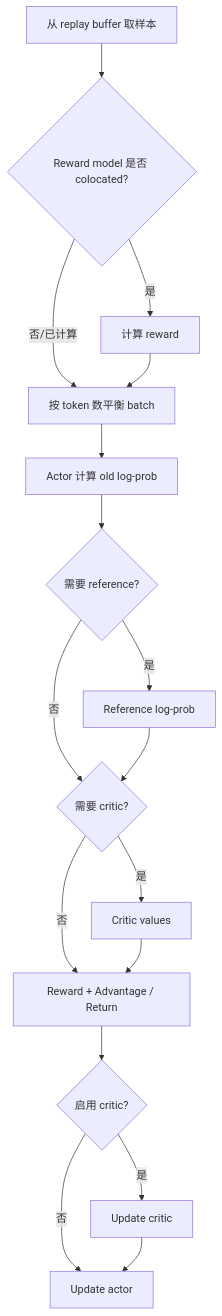
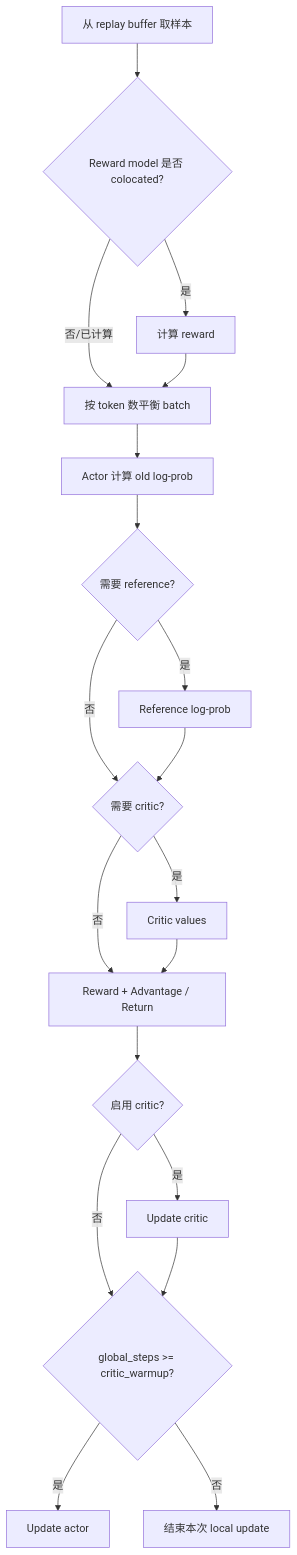
Before and after one commit to BiboyQG/learn-verl: the fifth of 5 diagrams in docs-site/content/02_architecture.md, drawn with Mermaid. The commit also changed other lines of this file and 16 other files, not shown here.

````diff
--- a/docs-site/content/02_architecture.md
+++ b/docs-site/content/02_architecture.md
@@ -299,19 +314,21 @@
 ```mermaid
 flowchart TD
     RB["从 replay buffer 取样本"] --> RM{"Reward model 是否 colocated?"}
     RM -->|是| R["计算 reward"]
     RM -->|否/已计算| BAL["按 token 数平衡 batch"]
     R --> BAL
     BAL --> OLD["Actor 计算 old log-prob"]
     OLD --> REF{"需要 reference?"}
     REF -->|是| RLP["Reference log-prob"]
     REF -->|否| VAL
     RLP --> VAL{"需要 critic?"}
     VAL -->|是| V["Critic values"]
     VAL -->|否| ADV
     V --> ADV["Reward + Advantage / Return"]
     ADV --> CU{"启用 critic?"}
     CU -->|是| CUPDATE["Update critic"]
-    CU -->|否| AUPDATE
-    CUPDATE --> AUPDATE["Update actor"]
+    CU -->|否| WARM{"global_steps >= critic_warmup?"}
+    CUPDATE --> WARM
+    WARM -->|是| AUPDATE["Update actor"]
+    WARM -->|否| END["结束本次 local update"]
 ```
````
